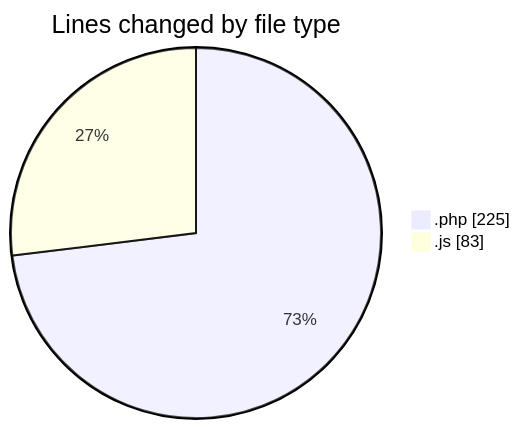
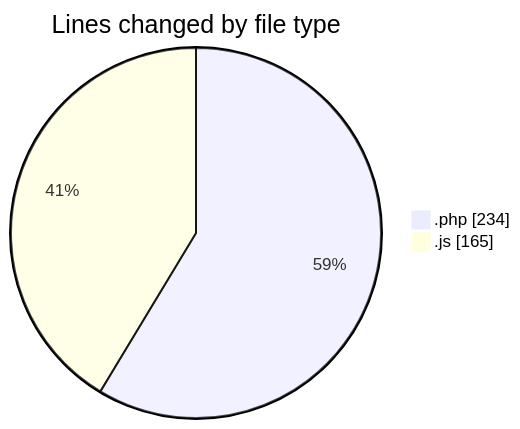
The first of 2 diagrams in 2025-04-11/web/README.md (LanceThiago/code-tracking), drawn with Mermaid before and after one commit. The commit also changed other lines of this file and 1 other file, not shown here.

````diff
--- a/2025-04-11/web/README.md
+++ b/2025-04-11/web/README.md
@@ -21,6 +21,6 @@
 ```mermaid
 pie showData
 title Lines changed by file type
-".php" : 225
-".js" : 83
+".php" : 234
+".js" : 165
 ```
````
